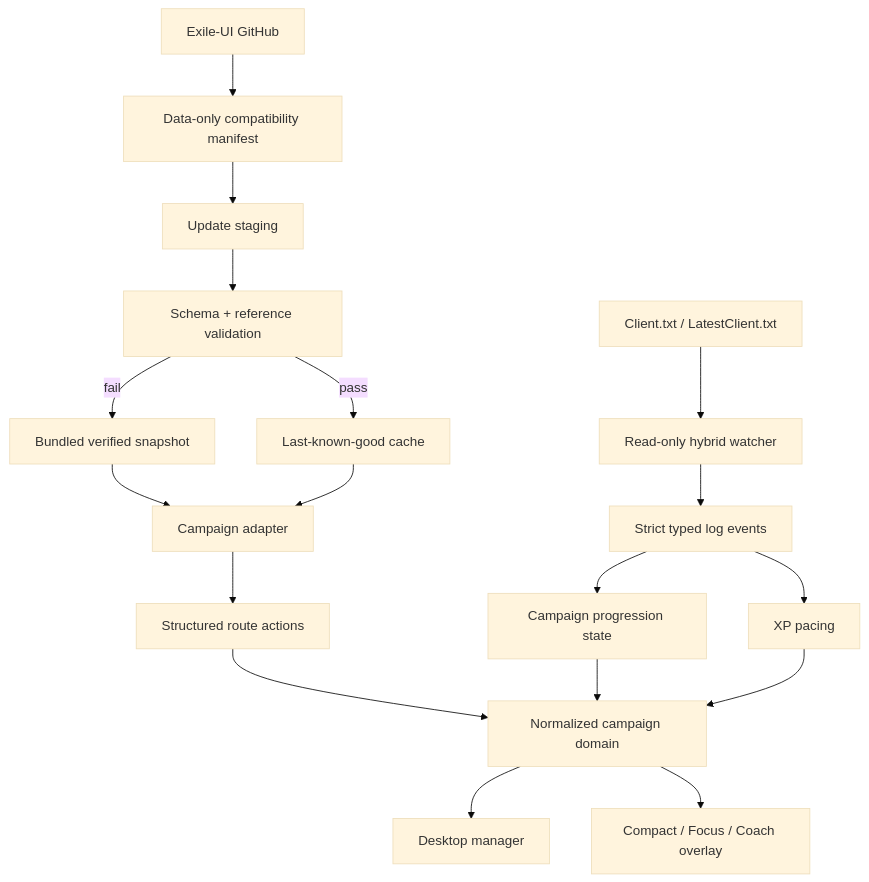
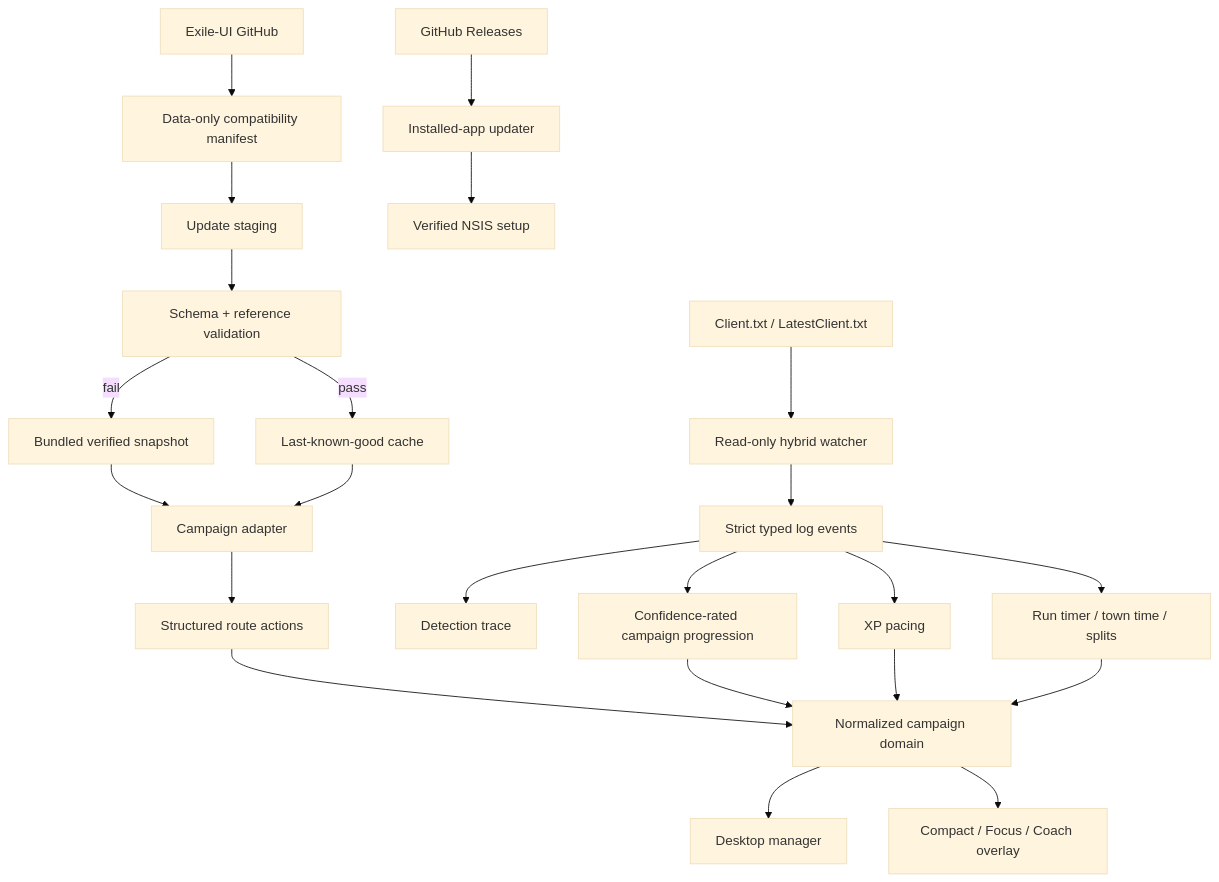
One commit to Stoffe101/ExileQuesting changed the diagram in docs/ARCHITECTURE.md. Above: the diagram before and after it, drawn with Mermaid (base theme). The commit also changed other lines of this file, not shown here.

Commit message:
Document release run recovery and observability architecture

````diff
--- a/docs/ARCHITECTURE.md
+++ b/docs/ARCHITECTURE.md
@@ -5,21 +5,27 @@
 ```mermaid
 flowchart TD
   Log["Client.txt / LatestClient.txt"] --> Watcher["Read-only hybrid watcher"]
   Watcher --> Events["Strict typed log events"]
-  Events --> Progression["Campaign progression state"]
+  Events --> Progression["Confidence-rated campaign progression"]
+  Events --> Trace["Detection trace"]
   Events --> XP["XP pacing"]
+  Events --> Run["Run timer / town time / splits"]
 
   Exile["Exile-UI GitHub"] --> Compatibility["Data-only compatibility manifest"]
   Compatibility --> Stage["Update staging"]
   Stage --> Validate["Schema + reference validation"]
   Bundle["Bundled verified snapshot"] --> Adapter["Campaign adapter"]
   Validate -->|pass| Cache["Last-known-good cache"]
   Validate -->|fail| Bundle
   Cache --> Adapter
   Adapter --> Actions["Structured route actions"]
   Actions --> Domain["Normalized campaign domain"]
   Progression --> Domain
   XP --> Domain
+  Run --> Domain
   Domain --> Manager["Desktop manager"]
   Domain --> Overlay["Compact / Focus / Coach overlay"]
+
+  Releases["GitHub Releases"] --> AppUpdate["Installed-app updater"]
+  AppUpdate --> Installer["Verified NSIS setup"]
 ```
````
